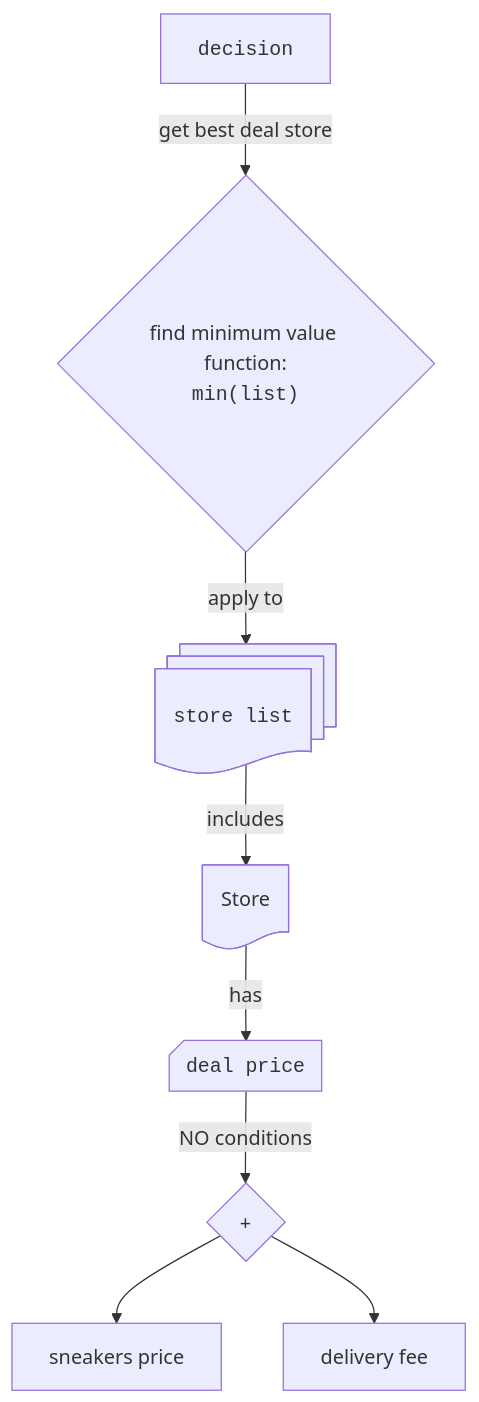
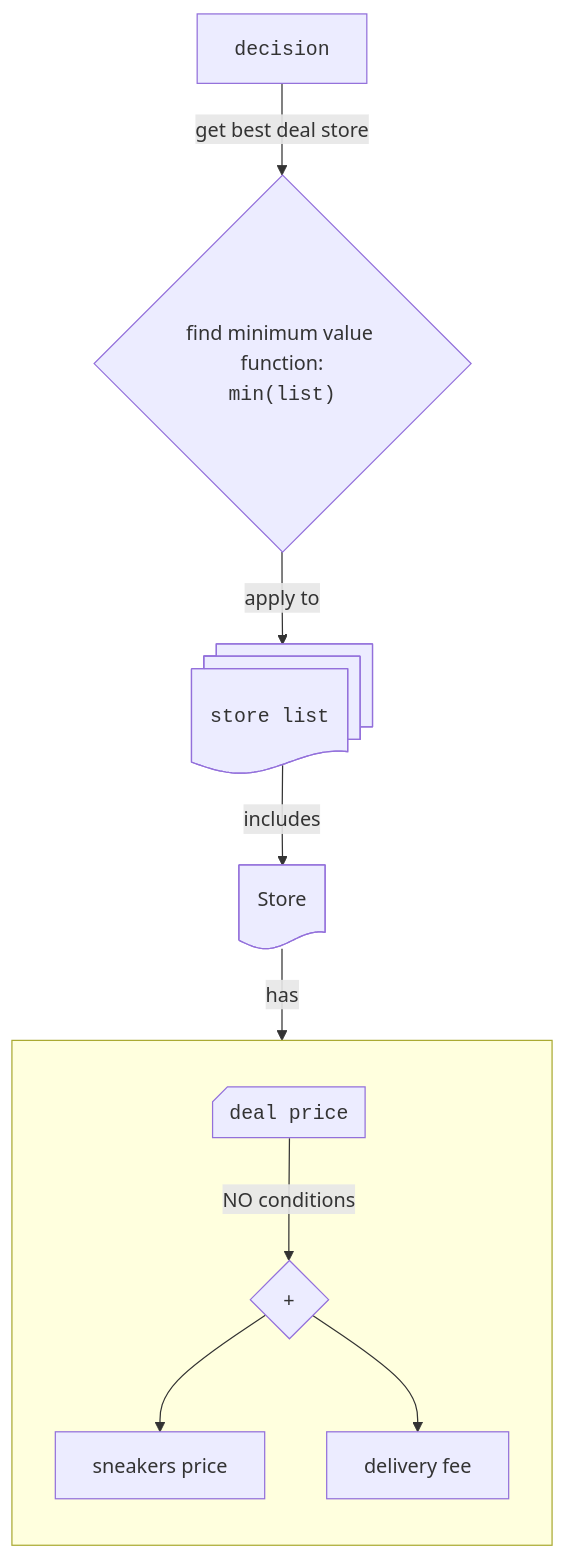
One commit to Walter462/Sneakers changed the sixth of 11 diagrams in README.md. Above: the diagram before and after it, drawn with Mermaid. The commit also changed other lines of this file, not shown here.

````diff
--- a/README.md
+++ b/README.md
@@ -293,17 +297,17 @@
   ```mermaid
 %%{ init : { "themeVariables": { "htmlLabels": true }}}%%
 graph TB
   decision@{shape: rect, label: "<code>decision</code>"}
   decision -->|get best deal store| minf
   minf@{shape: diamond, label: "find minimum value function:\n <code>min(list)</code>"}
   minf -->|apply to| StoreList@{shape: docs, label: "<code>store list</code>"}
   StoreList --> |includes|Store@{shape: doc}
 
   Store@{shape: doc} --> |has|deal_price2@{shape: card, label: "<code>deal price</code>"}
-
+subgraph "<code></code>"
+  direction TB 
   Sum2@{shape: diamond, label: " + "}
   Sum2 --> sneakers_price1@{shape: rect, label: "sneakers price"} & delivery_fee1@{shape: rect, label: "delivery fee"}
-
-deal_price2-->|NO conditions|Sum2
-
+  deal_price2-->|NO conditions|Sum2
+  end 
 ```
````
